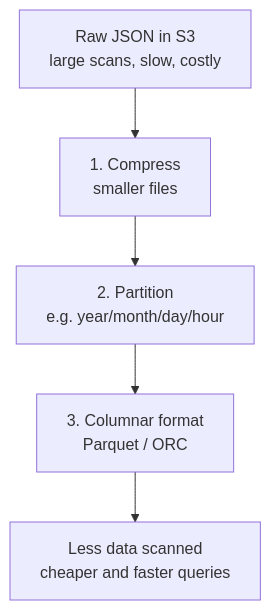
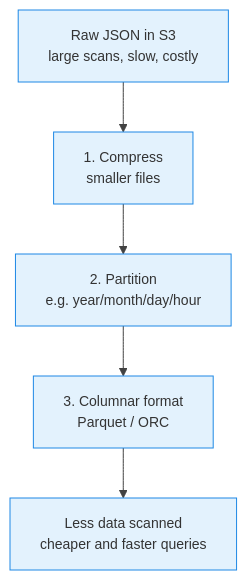
One commit to senthilkumarm1901/learn_by_blogging changed diagram 14 of 16 in aws_cloud_technical_essentials_book/11-serverless-data-analytics.qmd. Above: the diagram before and after it, drawn with Mermaid. The commit also changed other lines of this file and 3 other files, not shown here.

Commit message:
updated diagrams, business cases used

````diff
--- a/aws_cloud_technical_essentials_book/11-serverless-data-analytics.qmd
+++ b/aws_cloud_technical_essentials_book/11-serverless-data-analytics.qmd
@@ -402,7 +432,8 @@
 ```{mermaid}
+%%{init: {'theme': 'base', 'themeVariables': {'primaryColor': '#E3F2FD', 'primaryBorderColor': '#1E88E5', 'lineColor': '#424242', 'fontSize': '14px'}}}%%
 flowchart TD
     RAW["Raw JSON in S3<br>large scans, slow, costly"] --> O1["1. Compress<br>smaller files"]
     O1 --> O2["2. Partition<br>e.g. year/month/day/hour"]
     O2 --> O3["3. Columnar format<br>Parquet / ORC"]
     O3 --> FAST["Less data scanned<br>cheaper and faster queries"]
 ```
````
